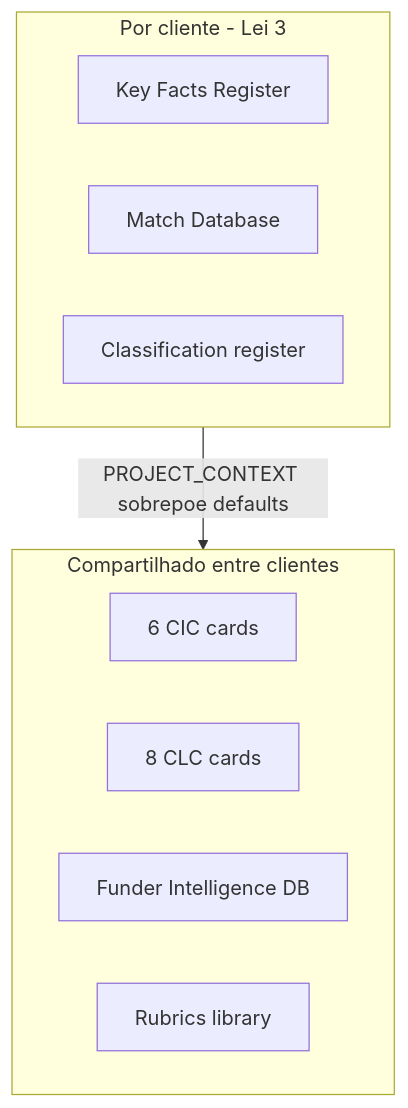
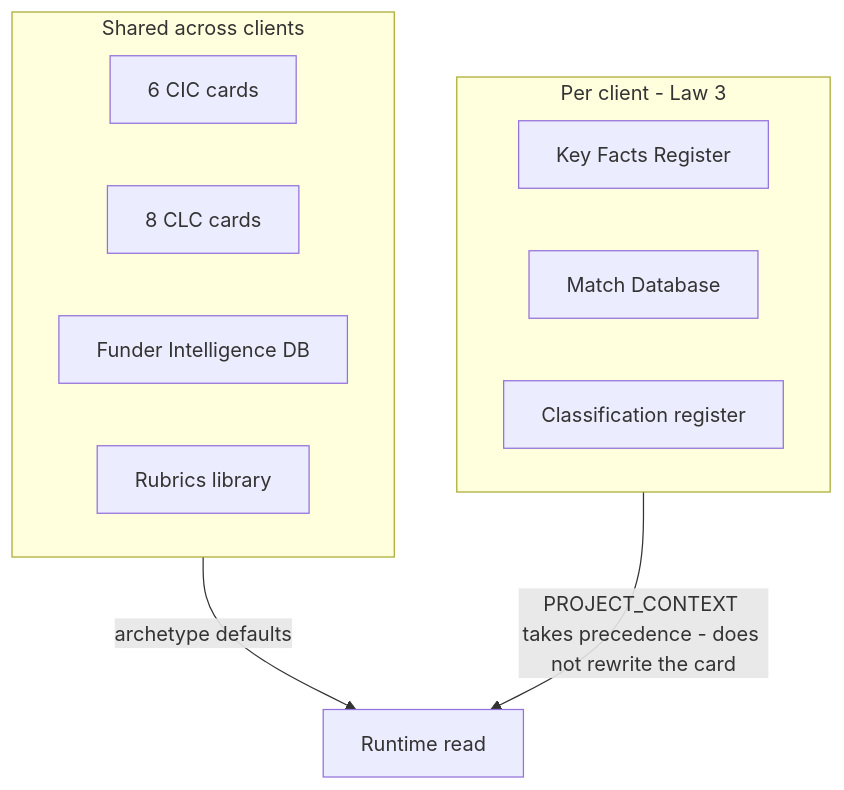
The fifth of 6 diagrams in projects/goldenquill/victor/discovery.md (cyberAlchemyAI/domainspec-core), drawn with Mermaid before and after one commit. The commit also changed other lines of this file, not shown here.

````diff
--- a/projects/goldenquill/victor/discovery.md
+++ b/projects/goldenquill/victor/discovery.md
@@ -254,15 +263,16 @@
 ```mermaid
 flowchart TD
-  subgraph Compartilhado[Compartilhado entre clientes]
+  subgraph Shared[Shared across clients]
     CIC[6 CIC cards]
     CLC[8 CLC cards]
     FI[Funder Intelligence DB]
     RB[Rubrics library]
   end
-  subgraph PorCliente[Por cliente - Lei 3]
+  subgraph PerClient[Per client - Law 3]
     KFR[Key Facts Register]
     MD[Match Database]
     CR[Classification register]
   end
-  PorCliente -->|PROJECT_CONTEXT sobrepoe defaults| Compartilhado
+  Shared -->|archetype defaults| Read[Runtime read]
+  PerClient -->|PROJECT_CONTEXT takes precedence - does not rewrite the card| Read
 ```
````
